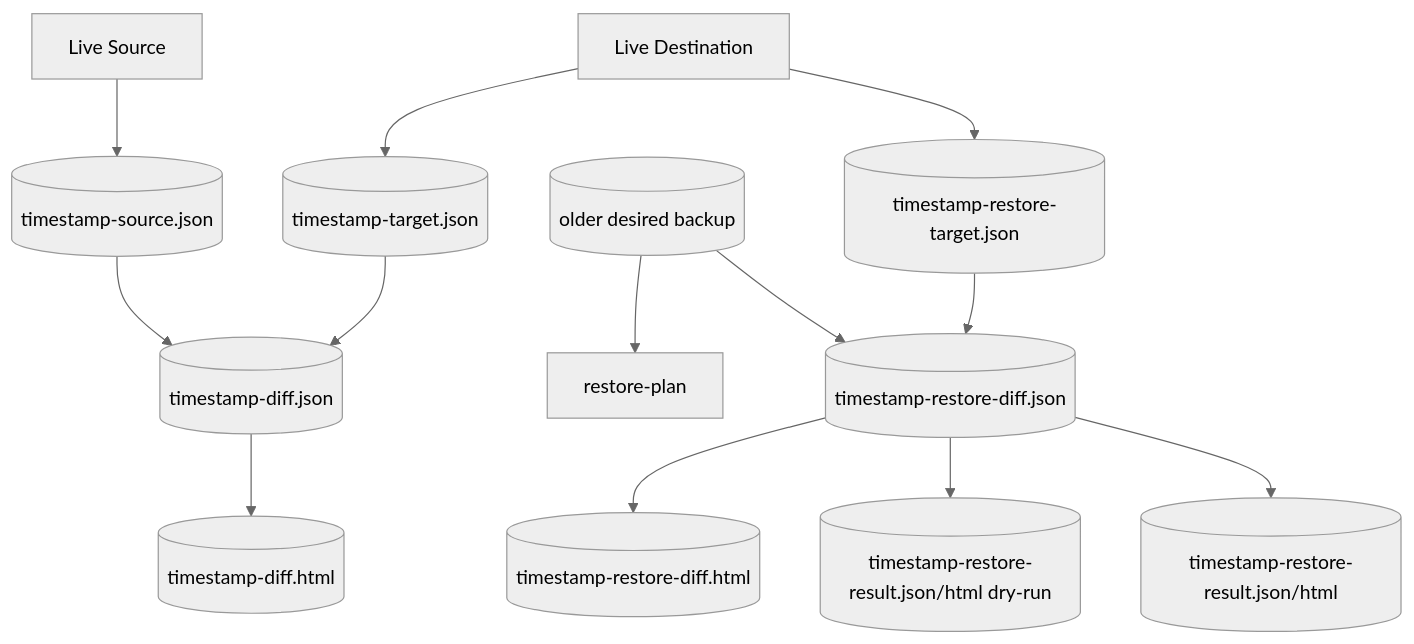
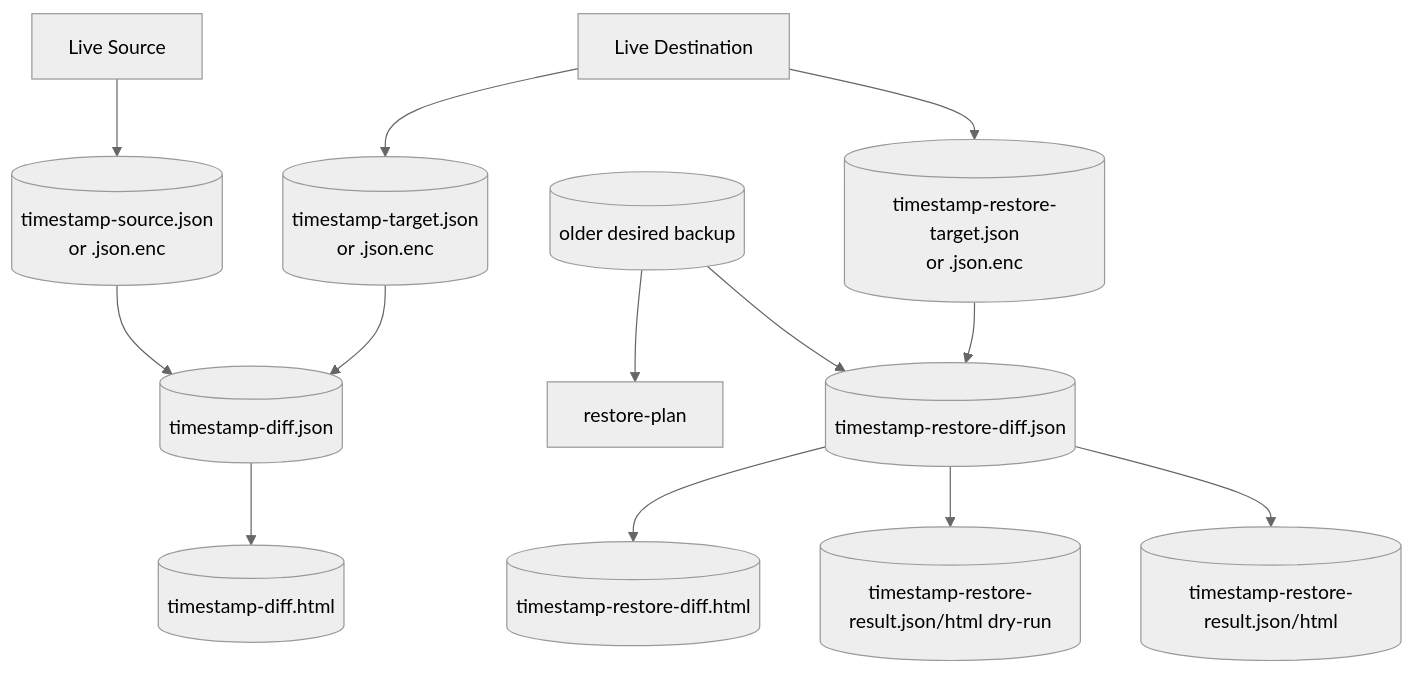
Before and after one commit to EggertsIT/ZPA-BackupNrestore: diagram 11 of 12 in docs/PROCESS.md, drawn with Mermaid (neutral theme). The commit also changed other lines of this file and 1 other file, not shown here.

Commit message:
Document encrypted backup process

````diff
--- a/docs/PROCESS.md
+++ b/docs/PROCESS.md
@@ -230,16 +274,16 @@
 ```mermaid
 flowchart TD
-    LiveSource[Live Source] --> SourceBackup[(timestamp-source.json)]
-    LiveDestination[Live Destination] --> TargetBackup[(timestamp-target.json)]
+    LiveSource[Live Source] --> SourceBackup[(timestamp-source.json<br/>or .json.enc)]
+    LiveDestination[Live Destination] --> TargetBackup[(timestamp-target.json<br/>or .json.enc)]
     SourceBackup --> Diff[(timestamp-diff.json)]
     TargetBackup --> Diff
     Diff --> DiffReport[(timestamp-diff.html)]
 
     DesiredBackup[(older desired backup)] --> RestorePlan[restore-plan]
-    LiveDestination --> RestoreTarget[(timestamp-restore-target.json)]
+    LiveDestination --> RestoreTarget[(timestamp-restore-target.json<br/>or .json.enc)]
     RestoreTarget --> RestoreDiff[(timestamp-restore-diff.json)]
     DesiredBackup --> RestoreDiff
     RestoreDiff --> RestorePlanReport[(timestamp-restore-diff.html)]
     RestoreDiff --> DryRunResult[(timestamp-restore-result.json/html dry-run)]
     RestoreDiff --> RestoreResult[(timestamp-restore-result.json/html)]
 ```
````
